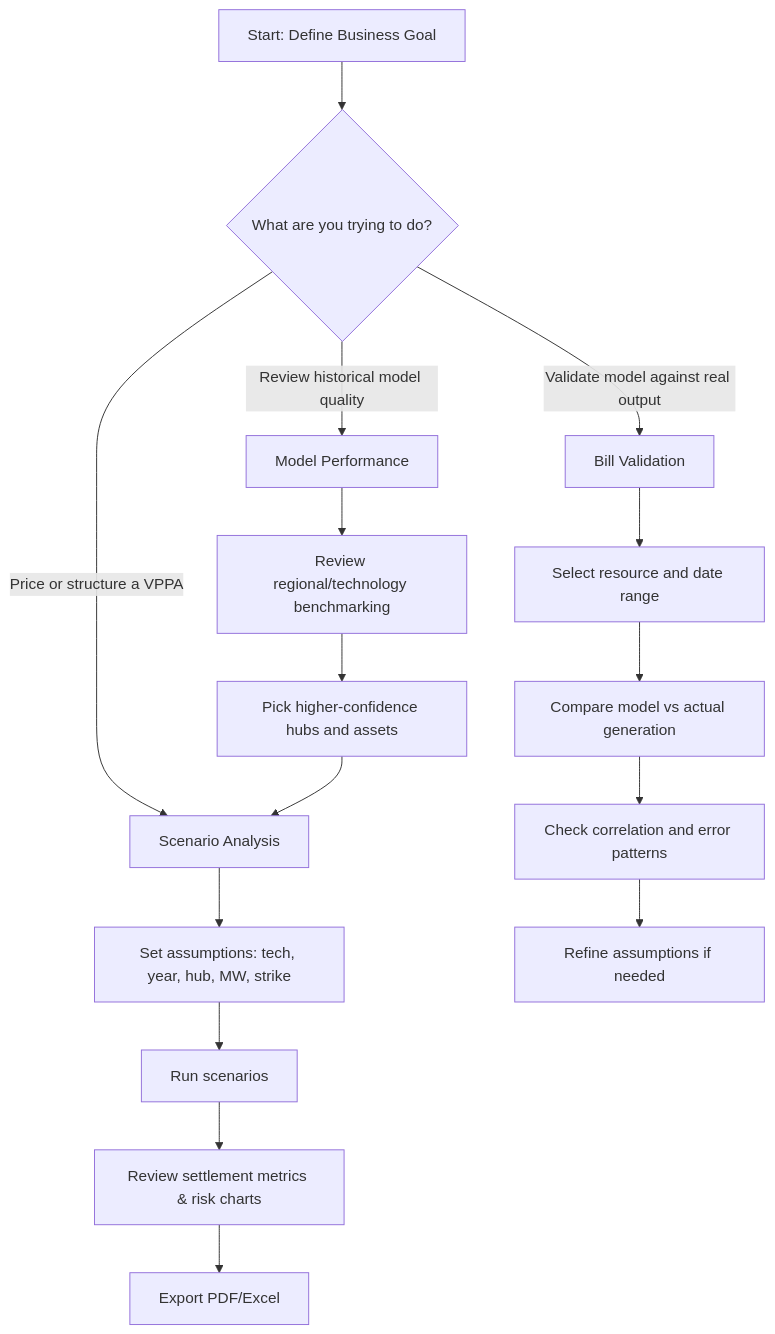
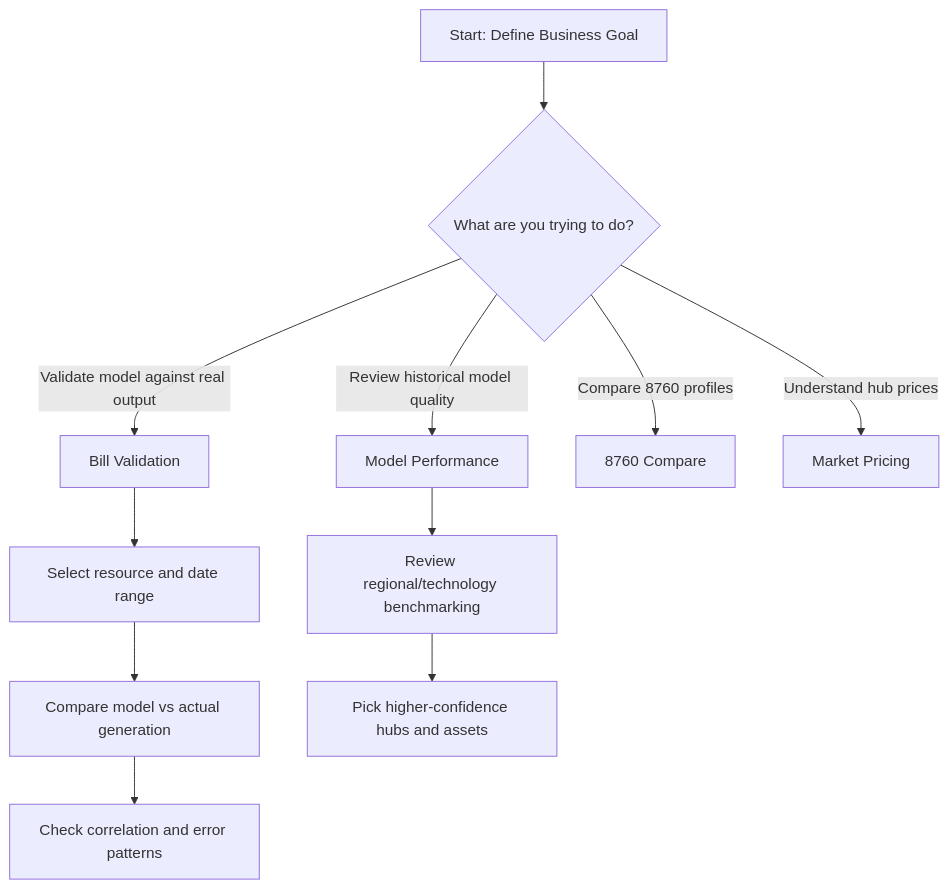
One commit to MickB74/price_settlements changed the diagram in docs/USER_GUIDE.md. Above: the diagram before and after it, drawn with Mermaid. The commit also changed other lines of this file and 30 other files, not shown here.

````diff
--- a/docs/USER_GUIDE.md
+++ b/docs/USER_GUIDE.md
@@ -99,21 +72,15 @@
 ```mermaid
 flowchart TD
     A["Start: Define Business Goal"] --> B{"What are you trying to do?"}
-    B -->|"Price or structure a VPPA"| C["Scenario Analysis"]
     B -->|"Validate model against real output"| D["Bill Validation"]
     B -->|"Review historical model quality"| E["Model Performance"]
-
-    C --> F["Set assumptions: tech, year, hub, MW, strike"]
-    F --> G["Run scenarios"]
-    G --> H["Review settlement metrics & risk charts"]
-    H --> I["Export PDF/Excel"]
+    B -->|"Compare 8760 profiles"| F["8760 Compare"]
+    B -->|"Understand hub prices"| G["Market Pricing"]
 
     D --> J["Select resource and date range"]
     J --> K["Compare model vs actual generation"]
     K --> L["Check correlation and error patterns"]
-    L --> M["Refine assumptions if needed"]
 
     E --> N["Review regional/technology benchmarking"]
     N --> O["Pick higher-confidence hubs and assets"]
-    O --> C
 ```
````
